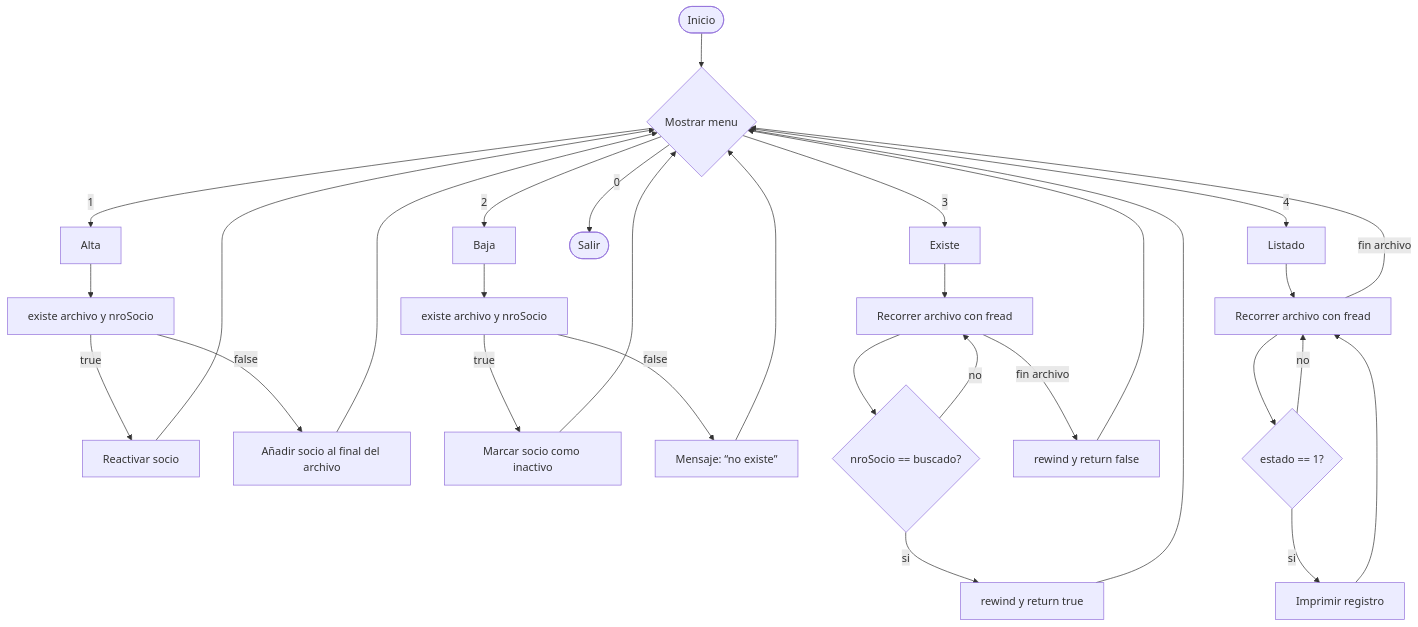
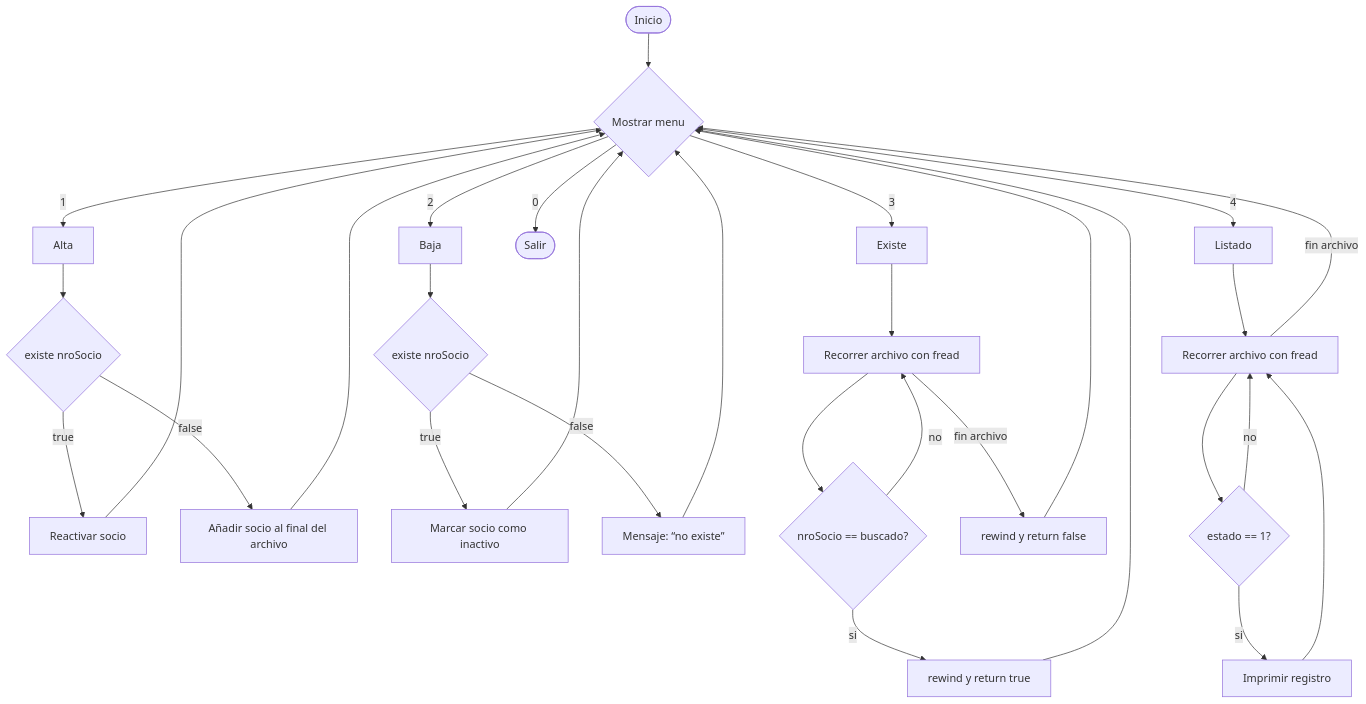
One commit to mletelle/IBD-TP-Socios changed the diagram in README.md. Above: the diagram before and after it, drawn with Mermaid. The commit also changed other lines of this file, not shown here.

`````diff
--- a/README.md
+++ b/README.md
@@ -61,32 +63,35 @@
 ````mermaid
 flowchart TD
     Start(["Inicio"]) --> Menu{"Mostrar menu"}
     Menu -- 1 --> Alta["Alta"]
     Menu -- 2 --> Baja["Baja"]
     Menu -- 3 --> Existe["Existe"]
     Menu -- 4 --> Listado["Listado"]
     Menu -- 0 --> End(["Salir"])
-    Alta --> Check1["existe archivo y nroSocio"]
+    Alta --> Check1["existe nroSocio"]
     Check1 -- true --> Reactivar["Reactivar socio"]
     Check1 -- false --> Append["Añadir socio al final del archivo"]
     Reactivar --> Menu
     Append --> Menu
-    Baja --> Check2["existe archivo y nroSocio"]
+    Baja --> Check2["existe nroSocio"]
     Check2 -- true --> Inactivate["Marcar socio como inactivo"]
     Check2 -- false --> NoExist1["Mensaje: “no existe”"]
     Inactivate --> Menu
     NoExist1 --> Menu
     Existe --> LoopEx["Recorrer archivo con fread"]
     LoopEx --> FoundEx{"nroSocio == buscado?"}
     FoundEx -- si --> ReturnTrue["rewind y return true"]
     FoundEx -- no --> LoopEx
     ReturnTrue --> Menu
     LoopEx -- fin archivo --> ReturnFalse["rewind y return false"]
     ReturnFalse --> Menu
     Listado --> LoopList["Recorrer archivo con fread"]
     LoopList --> CheckAct{"estado == 1?"}
     CheckAct -- si --> PrintRec["Imprimir registro"]
     CheckAct -- no --> LoopList
     PrintRec --> LoopList
     LoopList -- fin archivo --> Menu
+
+    Check1@{ shape: diam}
+    Check2@{ shape: diam}
 ````
`````
